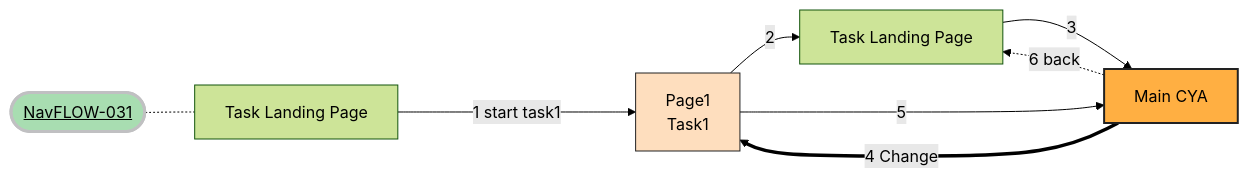
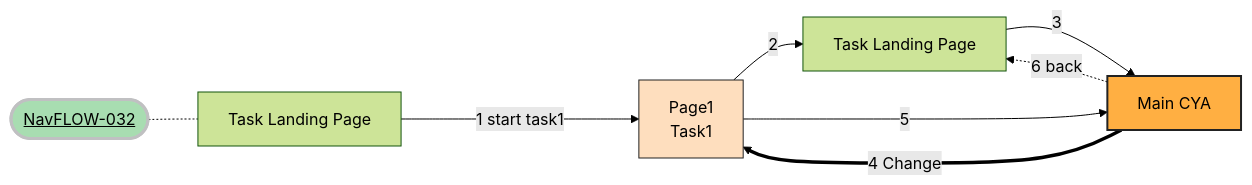
Diagram 32 of 33 in Navigation.md (hmrc/gform-frontend), drawn with Mermaid before and after one commit. The commit also changed other lines of this file and 1 other file, not shown here.

````diff
--- a/Navigation.md
+++ b/Navigation.md
@@ -1015,19 +1015,19 @@
 ```mermaid
 %%{init: {'theme': 'forest', "flowchart" : { "curve" : "basis" } } }%%
 graph LR;
-    title([<u>NavFLOW-031</u>])
+    title([<u>NavFLOW-032</u>])
     title -.- TaskLandingPage["Task Landing Page"]
     TaskLandingPage ----> |1 start task1| Task1Page1["Page1</br>Task1"]
     Task1Page1 --> |2| TaskLandingPageFinal["Task Landing Page"]
     TaskLandingPageFinal --> |3| CYA["Main CYA"]
     CYA ===> |4 Change|Task1Page1
     Task1Page1 --> |5| CYA
     CYA -. 6 back .-> TaskLandingPageFinal
 
     classDef orange fill:#fedebe,stroke:#222,stroke-width:1px
     class Task1Page1 orange
     classDef greenTitle fill:#a8ddb1 ,stroke:#c0c0c2,stroke-width:3px
     classDef orangeCYA fill:#ffaf42,stroke:#222,stroke-width:2px
     class CYA orangeCYA
     class title greenTitle
 ```
````
